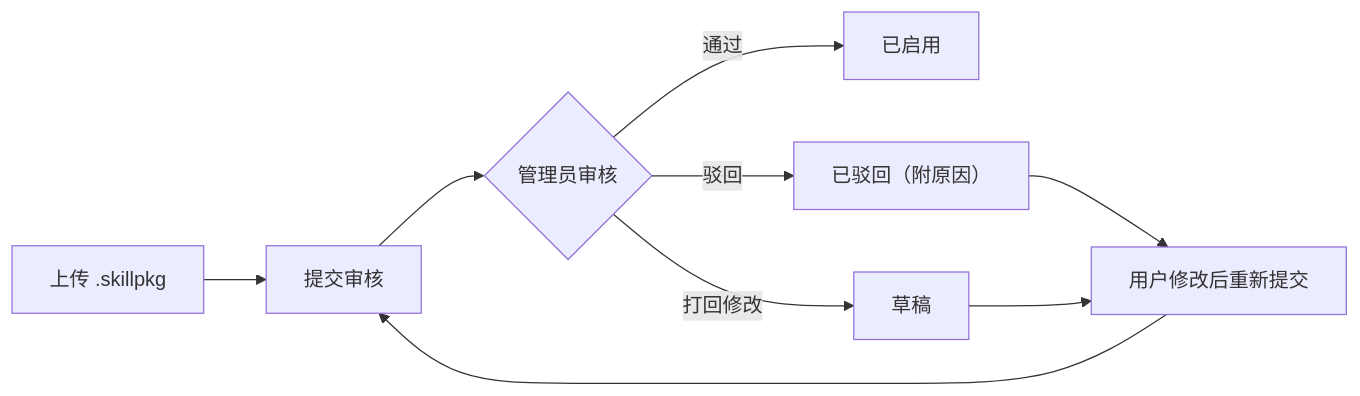
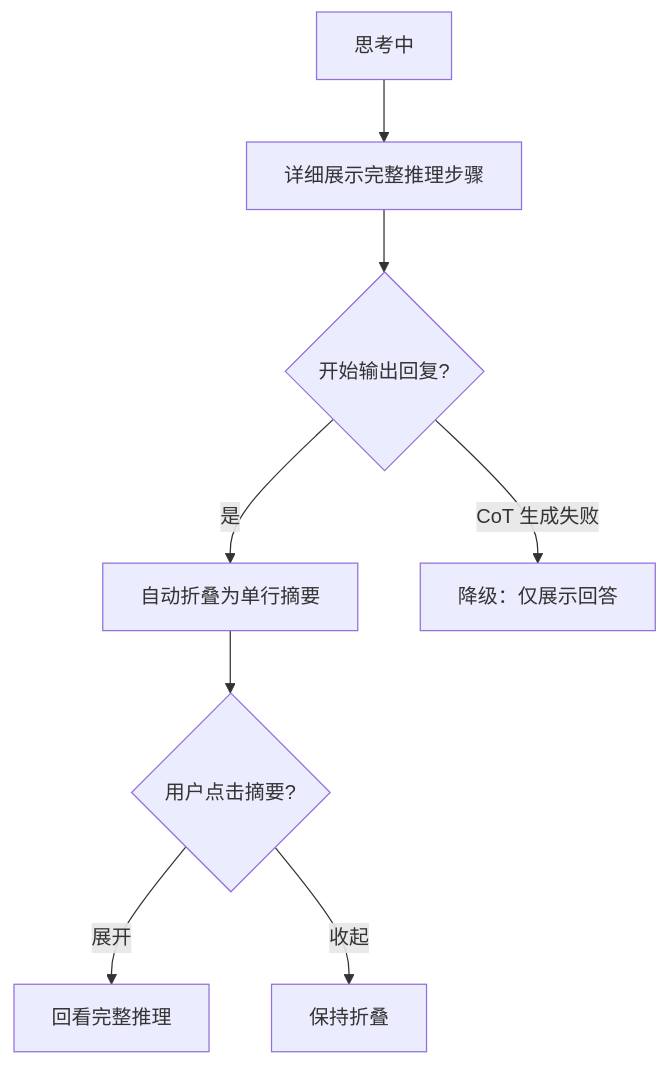
The seventh of 22 diagrams in docs/需求文档/20260709-【PRD】AI工作台-首页智能体-天马智擎.md (fri555/PORTL), drawn with Mermaid before and after one commit. The commit also changed other lines of this file, not shown here.

Commit message:
[docs/PRD] 用户审查修正：右栏条件触发/输入框居中→底部/模式分组/联网查询/引用溯源/无重试/mermaid图片/案例卡片/文件类型统一/AI专家库

````diff
--- a/docs/需求文档/20260709-【PRD】AI工作台-首页智能体-天马智擎.md
+++ b/docs/需求文档/20260709-【PRD】AI工作台-首页智能体-天马智擎.md
@@ -500,11 +595,10 @@
 ```mermaid
-flowchart LR
-    A["上传 .skillpkg"] --> B["提交审核"]
-    B --> C{"管理员审核"}
-    C -->|"通过"| D["已启用"]
-    C -->|"驳回"| E["已驳回（附原因）"]
-    C -->|"打回修改"| F["草稿"]
-    E --> G["用户修改后重新提交"]
-    F --> G
-    G --> B
+flowchart TD
+    A["思考中"] --> B["详细展示完整推理步骤"]
+    B --> C{"开始输出回复?"}
+    C -->|"是"| D["自动折叠为单行摘要"]
+    D --> E{"用户点击摘要?"}
+    E -->|"展开"| F["回看完整推理"]
+    E -->|"收起"| G["保持折叠"]
+    C -->|"CoT 生成失败"| H["降级：仅展示回答"]
 ```
````
